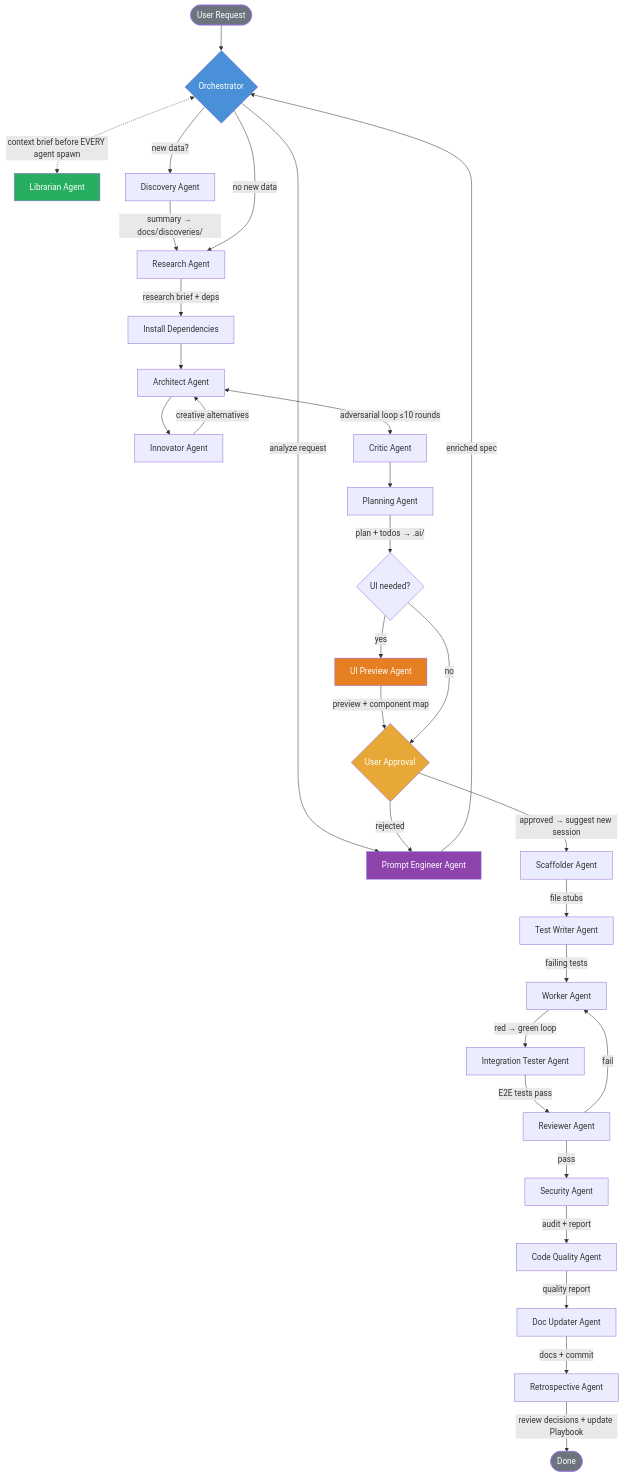
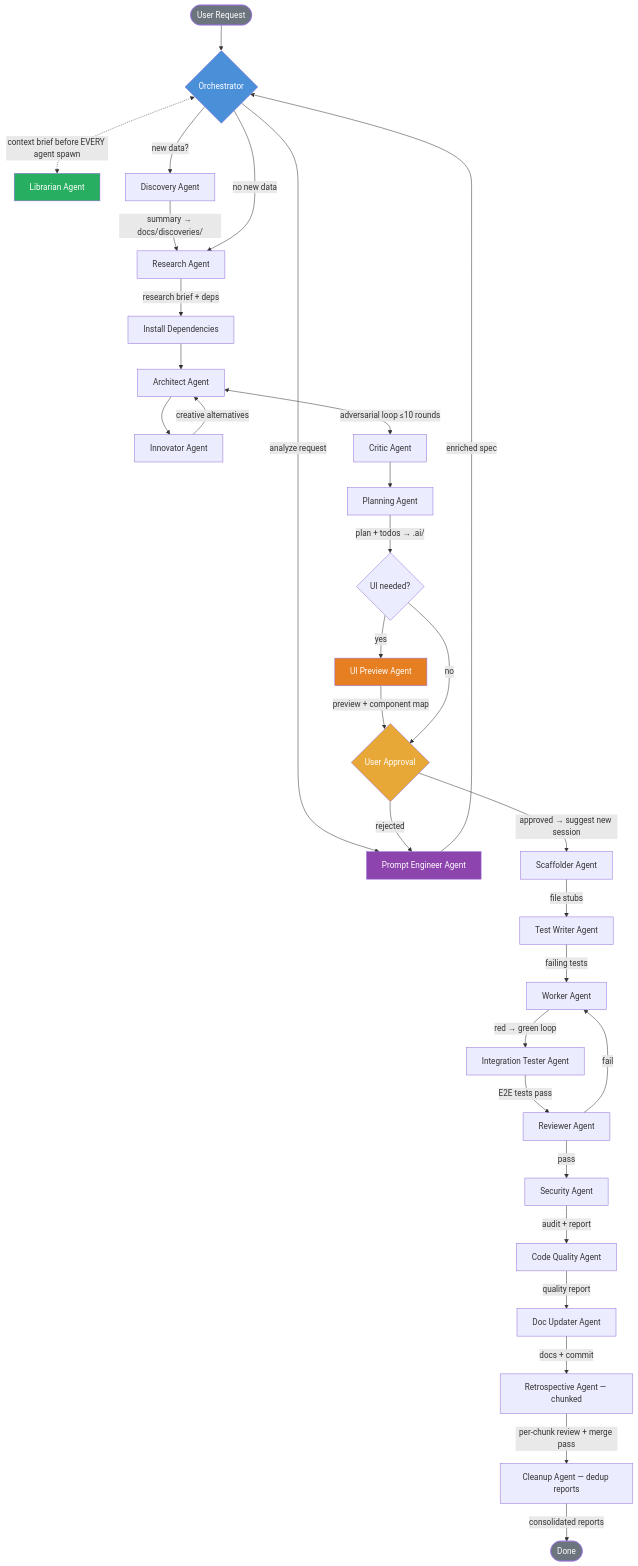
The first of 4 diagrams in AGENTS.md (Doumajnik/template), drawn with Mermaid before and after one commit. The commit also changed other lines of this file and 10 other files, not shown here.

````diff
--- a/AGENTS.md
+++ b/AGENTS.md
@@ -67,41 +67,42 @@
 ```mermaid
 flowchart TD
     U([User Request]) --> O{Orchestrator}
     O <-.->|context brief before EVERY agent spawn| LIB[Librarian Agent]
     O -->|analyze request| PE[Prompt Engineer Agent]
     PE -->|enriched spec| O
     O -->|new data?| D[Discovery Agent]
     D -->|summary → docs/discoveries/| RE
     O -->|no new data| RE[Research Agent]
     RE -->|research brief + deps| DEP[Install Dependencies]
     DEP --> A[Architect Agent]
     A --> IN[Innovator Agent]
     IN -->|creative alternatives| A
     A <-->|adversarial loop ≤10 rounds| C[Critic Agent]
     C --> P[Planning Agent]
     P -->|plan + todos → .ai/| UP{UI needed?}
     UP -->|yes| UIPreview[UI Preview Agent]
     UIPreview -->|preview + component map| UA{User Approval}
     UP -->|no| UA
     UA -->|rejected| PE
     UA -->|approved → suggest new session| S[Scaffolder Agent]
     
     S -->|file stubs| TW[Test Writer Agent]
     TW -->|failing tests| W[Worker Agent]
     W -->|red → green loop| IT[Integration Tester Agent]
     IT -->|E2E tests pass| R[Reviewer Agent]
     R -->|pass| SEC[Security Agent]
     R -->|fail| W
     SEC -->|audit + report| CQ[Code Quality Agent]
     CQ -->|quality report| DU[Doc Updater Agent]
-    DU -->|docs + commit| RT[Retrospective Agent]
-    RT -->|review decisions + update Playbook| Done([Done])
+    DU -->|docs + commit| RT[Retrospective Agent — chunked]
+    RT -->|per-chunk review + merge pass| CL[Cleanup Agent — dedup reports]
+    CL -->|consolidated reports| Done([Done])
 
     style O fill:#4a90d9,color:#fff
     style U fill:#6c757d,color:#fff
     style Done fill:#6c757d,color:#fff
     style UA fill:#e8a838,color:#fff
     style PE fill:#8e44ad,color:#fff
     style UIPreview fill:#e67e22,color:#fff
     style LIB fill:#27ae60,color:#fff
 ```
````
